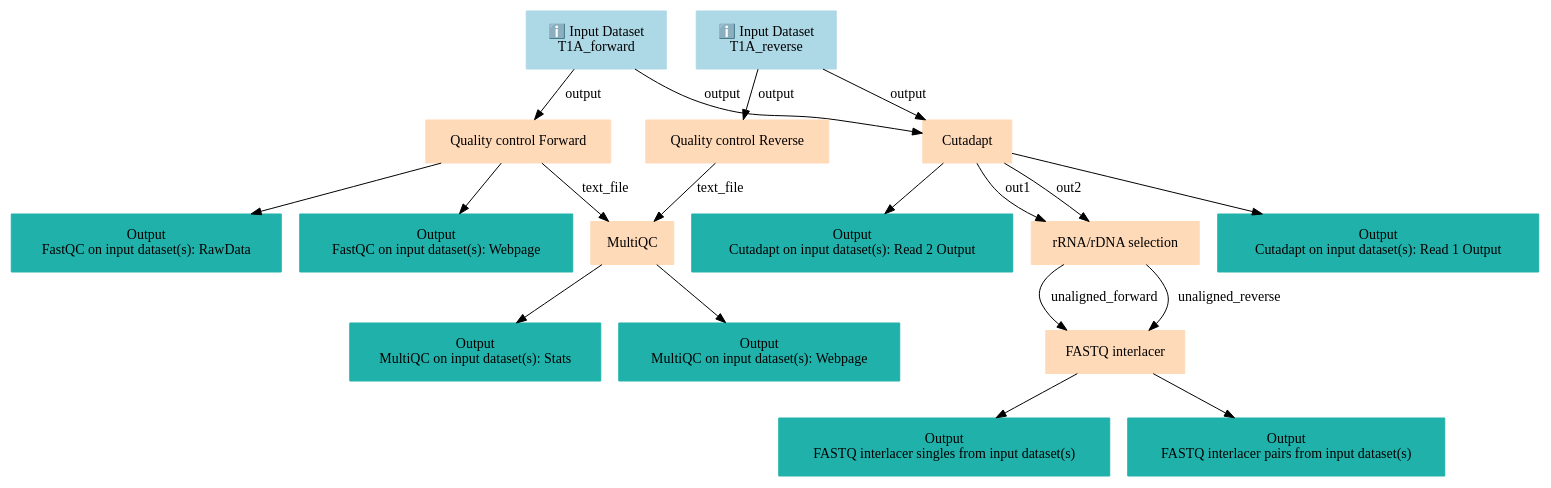
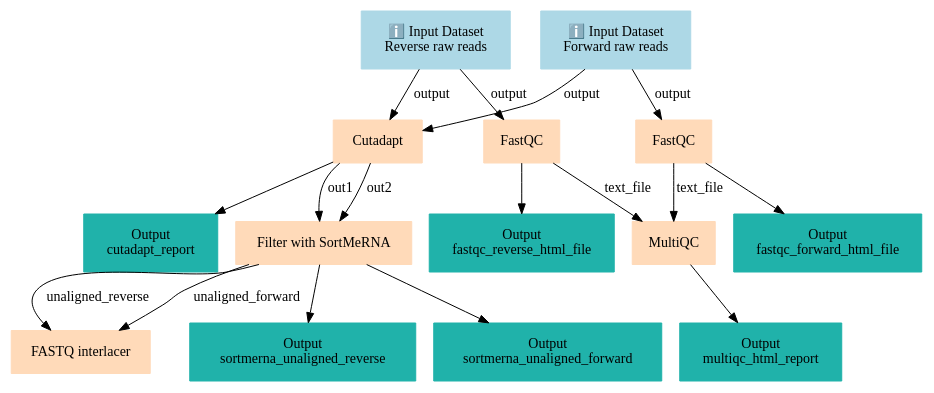
One commit to galaxyproject/training-material changed the diagram in api/workflows/microbiome/metatranscriptomics-short/workflow1-preprocessing/graph.dot. Above: the diagram before and after it, drawn with Graphviz. The commit also changed 10098 other files, not shown here.

```diff
--- a/api/workflows/microbiome/metatranscriptomics-short/workflow1-preprocessing/graph.dot
+++ b/api/workflows/microbiome/metatranscriptomics-short/workflow1-preprocessing/graph.dot
@@ -1,38 +1,34 @@
 digraph main {
   node [fontname="Atkinson Hyperlegible", shape=box, color=white,style=filled,color=peachpuff,margin="0.2,0.2"];
   edge [fontname="Atkinson Hyperlegible"];
-  0[color=lightblue,label="ℹ️ Input Dataset\nT1A_forward"]
-  1[color=lightblue,label="ℹ️ Input Dataset\nT1A_reverse"]
-  2[label="Quality control Forward"]
+  0[color=lightblue,label="ℹ️ Input Dataset\nReverse raw reads"]
+  1[color=lightblue,label="ℹ️ Input Dataset\nForward raw reads"]
+  2[label="FastQC"]
   0 -> 2 [label="output"]
-  k025f27660802461eafbda716e6f81ba8[color=lightseagreen,label="Output\nFastQC on input dataset(s): RawData"]
-  2 -> k025f27660802461eafbda716e6f81ba8
-  ka54ee2fd7bce439a9f1ff9ec9bf00efd[color=lightseagreen,label="Output\nFastQC on input dataset(s): Webpage"]
-  2 -> ka54ee2fd7bce439a9f1ff9ec9bf00efd
-  3[label="Quality control Reverse"]
+  k676cd11f047947c4a23bc6c8ed5a7790[color=lightseagreen,label="Output\nfastqc_reverse_html_file"]
+  2 -> k676cd11f047947c4a23bc6c8ed5a7790
+  3[label="FastQC"]
   1 -> 3 [label="output"]
+  k1fb52b78c90543c7a295d628c996d35a[color=lightseagreen,label="Output\nfastqc_forward_html_file"]
+  3 -> k1fb52b78c90543c7a295d628c996d35a
   4[label="Cutadapt"]
+  1 -> 4 [label="output"]
   0 -> 4 [label="output"]
-  1 -> 4 [label="output"]
-  k4bc7c8a4b98541ddb67fa3dfecd38a67[color=lightseagreen,label="Output\nCutadapt on input dataset(s): Read 1 Output"]
-  4 -> k4bc7c8a4b98541ddb67fa3dfecd38a67
-  k36ec0bbae49a47e2b916afec9b35cc3e[color=lightseagreen,label="Output\nCutadapt on input dataset(s): Read 2 Output"]
-  4 -> k36ec0bbae49a47e2b916afec9b35cc3e
+  k0e7406ed9eca486eb19a4cbbf04b5138[color=lightseagreen,label="Output\ncutadapt_report"]
+  4 -> k0e7406ed9eca486eb19a4cbbf04b5138
   5[label="MultiQC"]
+  3 -> 5 [label="text_file"]
   2 -> 5 [label="text_file"]
-  3 -> 5 [label="text_file"]
-  kb9ca21230ee040a0b2eccfc94fa35849[color=lightseagreen,label="Output\nMultiQC on input dataset(s): Stats"]
-  5 -> kb9ca21230ee040a0b2eccfc94fa35849
-  ke94ceb7a0d6b41c8b79d035b315e0a06[color=lightseagreen,label="Output\nMultiQC on input dataset(s): Webpage"]
-  5 -> ke94ceb7a0d6b41c8b79d035b315e0a06
-  6[label="rRNA/rDNA selection"]
+  kd9f371ddaa6c4540b62b0e34c0b71afa[color=lightseagreen,label="Output\nmultiqc_html_report"]
+  5 -> kd9f371ddaa6c4540b62b0e34c0b71afa
+  6[label="Filter with SortMeRNA"]
   4 -> 6 [label="out1"]
   4 -> 6 [label="out2"]
+  k3092eb62d7fc4d66bf574c6cf491d0e3[color=lightseagreen,label="Output\nsortmerna_unaligned_reverse"]
+  6 -> k3092eb62d7fc4d66bf574c6cf491d0e3
+  kdb3bb8ee8af74528be4bf3ea6d381856[color=lightseagreen,label="Output\nsortmerna_unaligned_forward"]
+  6 -> kdb3bb8ee8af74528be4bf3ea6d381856
   7[label="FASTQ interlacer"]
   6 -> 7 [label="unaligned_forward"]
   6 -> 7 [label="unaligned_reverse"]
-  kb060eebccd14486e806eaae983bdf52d[color=lightseagreen,label="Output\nFASTQ interlacer singles from input dataset(s)"]
-  7 -> kb060eebccd14486e806eaae983bdf52d
-  k70b738db54514eaa91c0eb445be297fb[color=lightseagreen,label="Output\nFASTQ interlacer pairs from input dataset(s)"]
-  7 -> k70b738db54514eaa91c0eb445be297fb
 }
```
